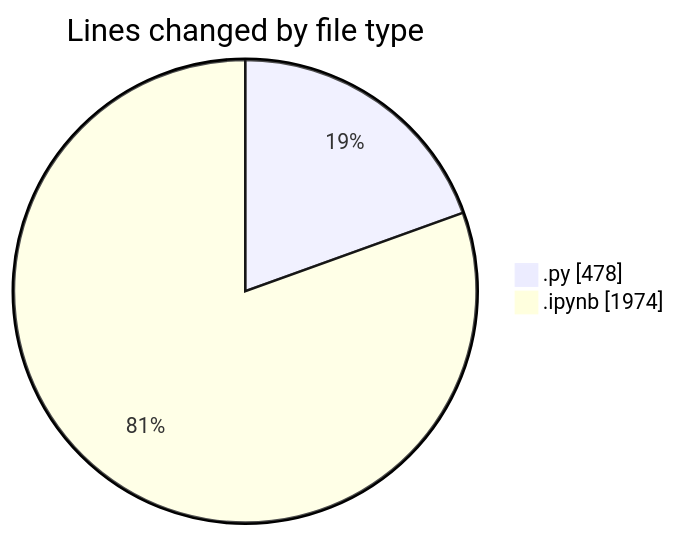
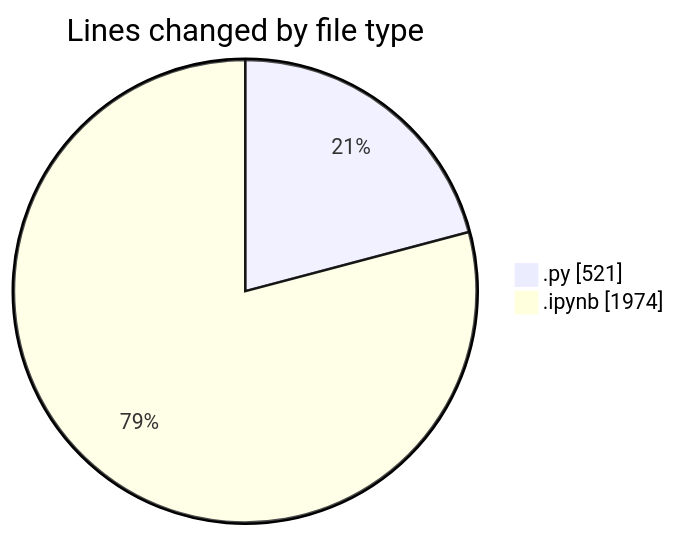
One commit to MatusMokan/code-tracking changed the first of 2 diagrams in 2025-03-21/myws__workspace_/README.md. Above: the diagram before and after it, drawn with Mermaid. The commit also changed other lines of this file and 1 other file, not shown here.

````diff
--- a/2025-03-21/myws__workspace_/README.md
+++ b/2025-03-21/myws__workspace_/README.md
@@ -21,6 +21,6 @@
 ```mermaid
 pie showData
 title Lines changed by file type
-".py" : 478
+".py" : 521
 ".ipynb" : 1974
 ```
````
